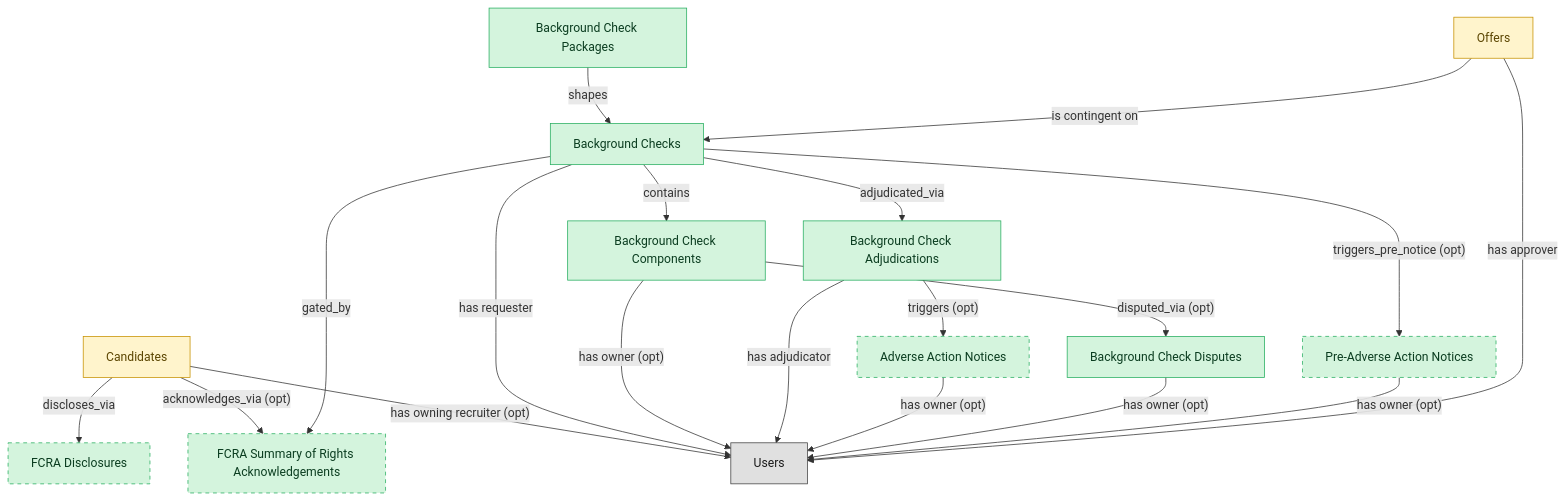
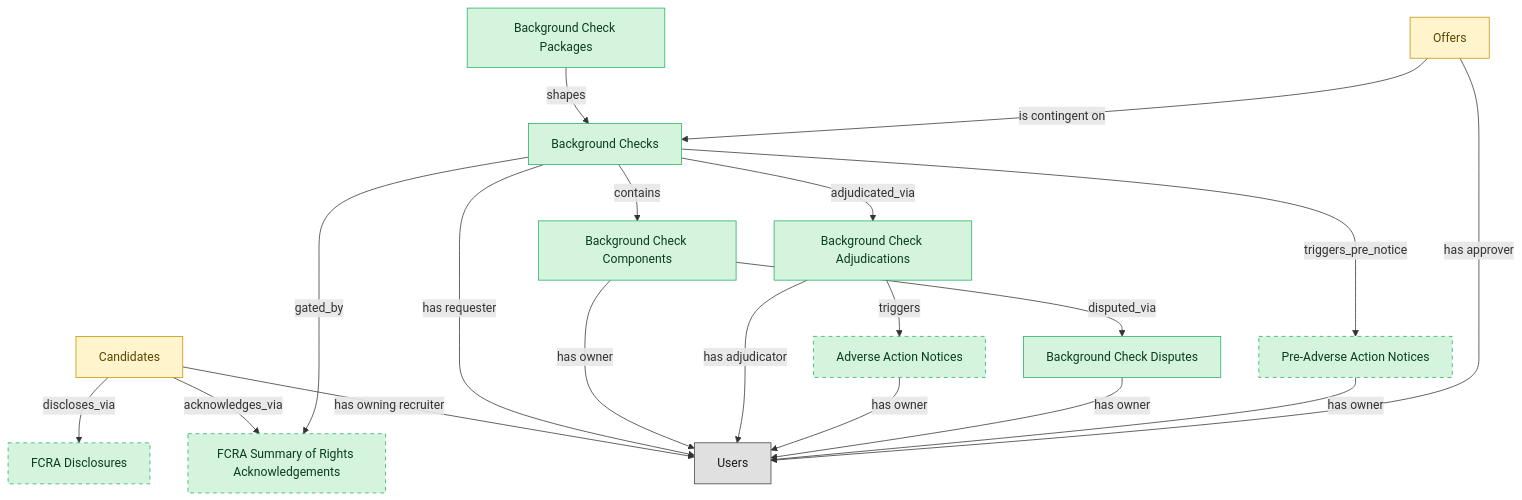
The diagram in catalog/blueprints/ats-background-checks-semantic-blueprint.md (IntranetFactory/domain-map), drawn with Mermaid before and after one commit. The commit also changed other lines of this file and 18 other files, not shown here.

````diff
--- a/catalog/blueprints/ats-background-checks-semantic-blueprint.md
+++ b/catalog/blueprints/ats-background-checks-semantic-blueprint.md
@@ -43,52 +43,52 @@
 ```mermaid
 flowchart TD
   classDef master fill:#d4f4dd,stroke:#27ae60,color:#0b3d20;
   classDef embedded_master fill:#fff4cc,stroke:#c79100,color:#5b4500;
   classDef platform_builtin fill:#e0e0e0,stroke:#424242,color:#1a1a1a;
   background_checks["Background Checks"]
   candidates["Candidates"]
   job_offers["Offers"]
   background_check_packages["Background Check Packages"]
   background_check_components["Background Check Components"]
   background_check_adjudications["Background Check Adjudications"]
   background_check_disputes["Background Check Disputes"]
   fcra_disclosures["FCRA Disclosures"]
   pre_adverse_action_notices["Pre-Adverse Action Notices"]
   fcra_summary_of_rights_acknowledgements["FCRA Summary of Rights Acknowledgements"]
   adverse_action_notices["Adverse Action Notices"]
   users["Users"]
   background_checks -->|"contains"| background_check_components
   background_check_packages -->|"shapes"| background_checks
   candidates -->|"discloses_via"| fcra_disclosures
   background_checks -->|"adjudicated_via"| background_check_adjudications
-  background_check_adjudications -->|"triggers (opt)"| adverse_action_notices
-  background_check_components -->|"disputed_via (opt)"| background_check_disputes
-  candidates -->|"acknowledges_via (opt)"| fcra_summary_of_rights_acknowledgements
-  background_checks -->|"triggers_pre_notice (opt)"| pre_adverse_action_notices
+  background_check_adjudications -->|"triggers"| adverse_action_notices
+  background_check_components -->|"disputed_via"| background_check_disputes
+  candidates -->|"acknowledges_via"| fcra_summary_of_rights_acknowledgements
+  background_checks -->|"triggers_pre_notice"| pre_adverse_action_notices
   background_checks -->|"gated_by"| fcra_summary_of_rights_acknowledgements
   job_offers -->|"is contingent on"| background_checks
-  candidates -->|"has owning recruiter (opt)"| users
+  candidates -->|"has owning recruiter"| users
   background_checks -->|"has requester"| users
-  background_check_components -->|"has owner (opt)"| users
+  background_check_components -->|"has owner"| users
   background_check_adjudications -->|"has adjudicator"| users
-  adverse_action_notices -->|"has owner (opt)"| users
-  background_check_disputes -->|"has owner (opt)"| users
-  pre_adverse_action_notices -->|"has owner (opt)"| users
+  adverse_action_notices -->|"has owner"| users
+  background_check_disputes -->|"has owner"| users
+  pre_adverse_action_notices -->|"has owner"| users
   job_offers -->|"has approver"| users
   class background_checks master;
   class candidates embedded_master;
   class job_offers embedded_master;
   class background_check_packages master;
   class background_check_components master;
   class background_check_adjudications master;
   class background_check_disputes master;
   class fcra_disclosures master;
   class pre_adverse_action_notices master;
   class fcra_summary_of_rights_acknowledgements master;
   class adverse_action_notices master;
   class users platform_builtin;
   style fcra_disclosures stroke-dasharray:5 5;
   style pre_adverse_action_notices stroke-dasharray:5 5;
   style fcra_summary_of_rights_acknowledgements stroke-dasharray:5 5;
   style adverse_action_notices stroke-dasharray:5 5;
 ```
````
